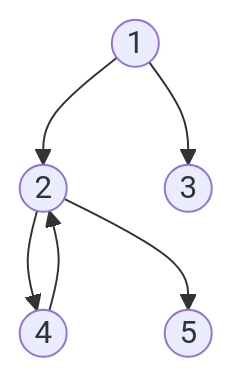
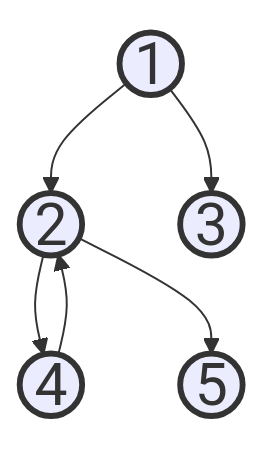
The diagram in _posts/2025-02-01-[알고리즘] 깊이우선탐색(DFS).md (indextrown/indextrown.github.io), drawn with Mermaid before and after one commit. The commit also changed other lines of this file, not shown here.

```diff
--- a/_posts/2025-02-01-[알고리즘] 깊이우선탐색(DFS).md
+++ b/_posts/2025-02-01-[알고리즘] 깊이우선탐색(DFS).md
@@ -25,8 +25,14 @@
 <div class="mermaid">
 graph TD;
     1((1)) --> 2((2));
     2((2)) --> 4((4));
     1((1)) --> 3((3));
     2((2)) --> 5((5));
     4((4)) --> 2((2));
+
+style 1 stroke:#333,stroke-width:3px,font-size:30px
+style 2 stroke:#333,stroke-width:3px,font-size:30px
+style 3 stroke:#333,stroke-width:3px,font-size:30px
+style 4 stroke:#333,stroke-width:3px,font-size:30px
+style 5 stroke:#333,stroke-width:3px,font-size:30px
 </div>
```
